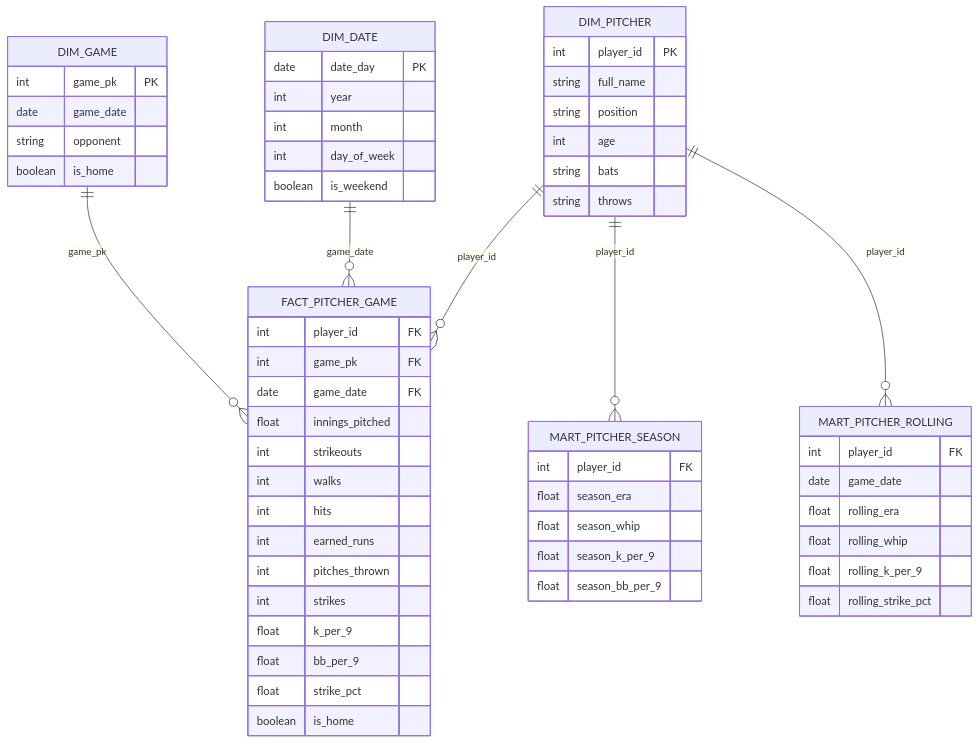
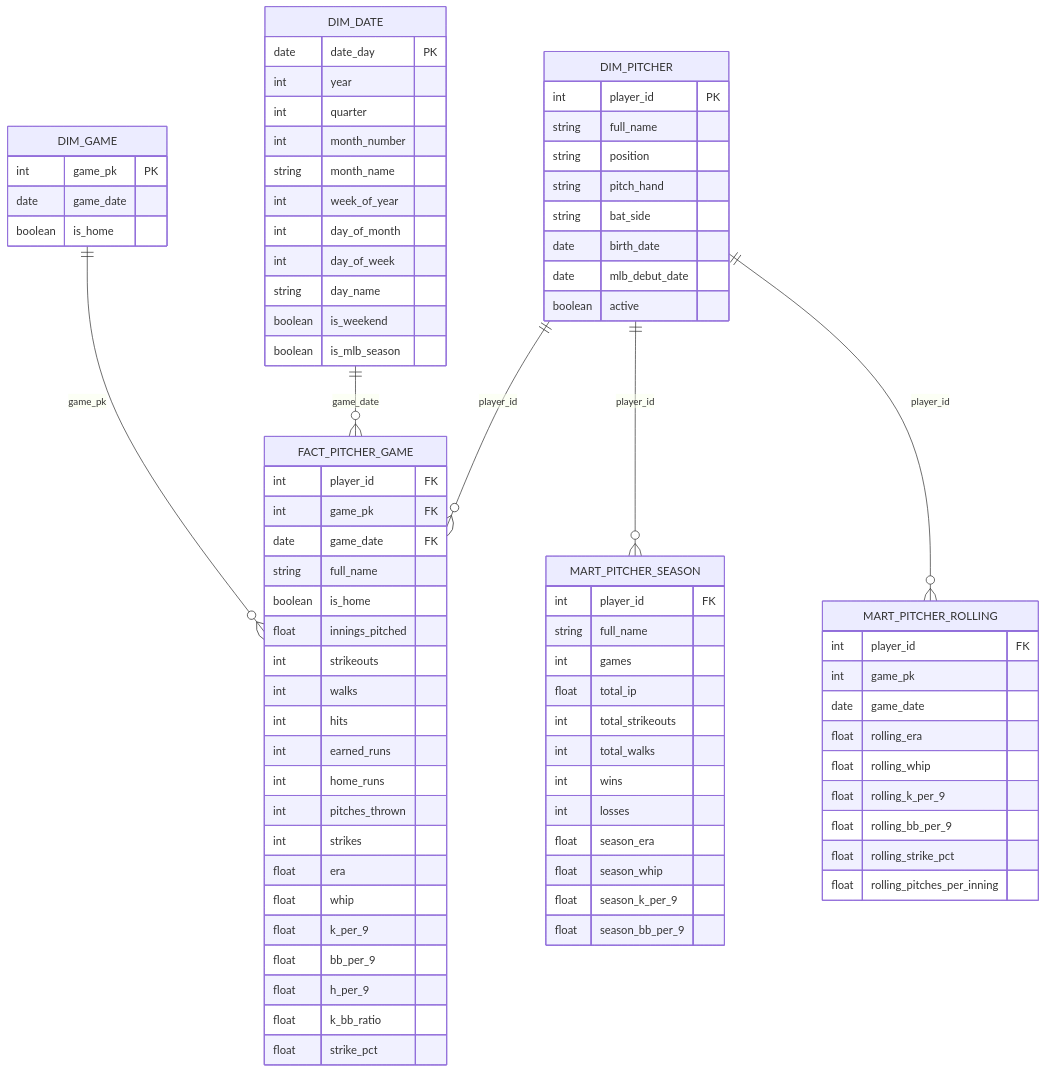
Before and after one commit to emmasprankle/sf-giants-data-analyst: the second of 2 diagrams in README.md, drawn with Mermaid. The commit also changed other lines of this file, not shown here.

First line of the commit message:
Update ERD to match actual dbt model columns

```diff
--- a/README.md
+++ b/README.md
@@ -71,45 +75,65 @@
         int player_id FK
         int game_pk FK
         date game_date FK
+        string full_name
+        boolean is_home
         float innings_pitched
         int strikeouts
         int walks
         int hits
         int earned_runs
+        int home_runs
         int pitches_thrown
         int strikes
+        float era
+        float whip
         float k_per_9
         float bb_per_9
+        float h_per_9
+        float k_bb_ratio
         float strike_pct
-        boolean is_home
     }
 
     DIM_PITCHER {
         int player_id PK
         string full_name
         string position
-        int age
-        string bats
-        string throws
+        string pitch_hand
+        string bat_side
+        date birth_date
+        date mlb_debut_date
+        boolean active
     }
 
     DIM_GAME {
         int game_pk PK
         date game_date
-        string opponent
         boolean is_home
     }
 
     DIM_DATE {
         date date_day PK
         int year
-        int month
+        int quarter
+        int month_number
+        string month_name
+        int week_of_year
+        int day_of_month
         int day_of_week
+        string day_name
         boolean is_weekend
+        boolean is_mlb_season
     }
 
     MART_PITCHER_SEASON {
         int player_id FK
+        string full_name
+        int games
+        float total_ip
+        int total_strikeouts
+        int total_walks
+        int wins
+        int losses
         float season_era
         float season_whip
         float season_k_per_9
@@ -118,11 +142,14 @@
 
     MART_PITCHER_ROLLING {
         int player_id FK
+        int game_pk
         date game_date
         float rolling_era
         float rolling_whip
         float rolling_k_per_9
+        float rolling_bb_per_9
         float rolling_strike_pct
+        float rolling_pitches_per_inning
     }
 
     DIM_PITCHER ||--o{ FACT_PITCHER_GAME : "player_id"
```
